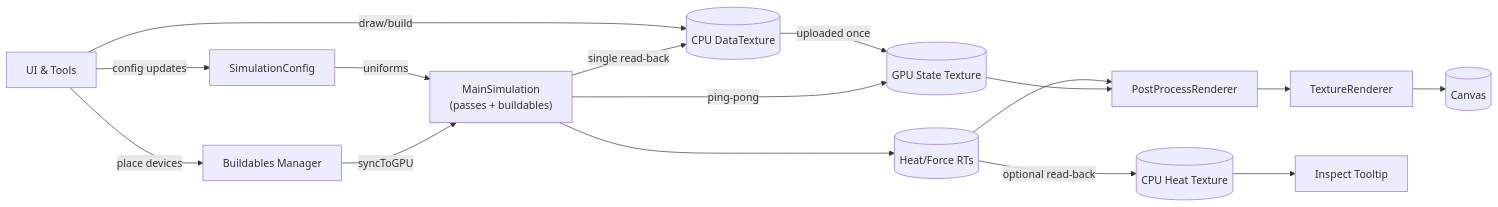
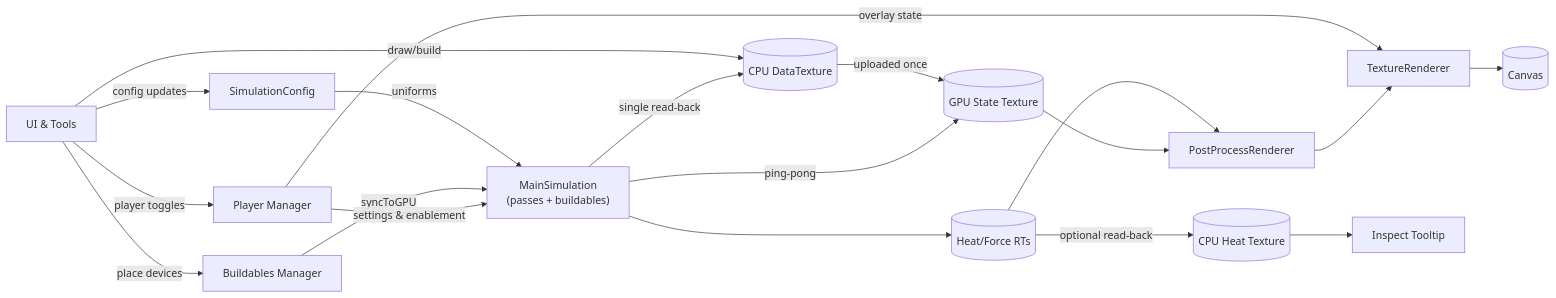
One commit to gurbano/sandymarton changed the second of 2 diagrams in docs/architecture.md. Above: the diagram before and after it, drawn with Mermaid. The commit also changed other lines of this file and 22 other files, not shown here.

````diff
--- a/docs/architecture.md
+++ b/docs/architecture.md
@@ -114,18 +124,21 @@
 ```mermaid
 flowchart LR
     UI[UI & Tools] -->|config updates| SimConfig[SimulationConfig]
     UI -->|draw/build| CPUTexture[(CPU DataTexture)]
     UI -->|place devices| BuildablesMgr[Buildables Manager]
+    UI -->|player toggles| PlayerMgr[Player Manager]
     SimConfig -->|uniforms| MainSim
     BuildablesMgr -->|syncToGPU| MainSim
+    PlayerMgr -->|settings & enablement| MainSim
+    PlayerMgr -->|overlay state| Renderer
     CPUTexture -->|uploaded once| GPUState[(GPU State Texture)]
   MainSim["MainSimulation<br/>(passes + buildables)"] -->|ping-pong| GPUState
     MainSim --> HeatRTs[(Heat/Force RTs)]
     HeatRTs --> PostFX[PostProcessRenderer]
     GPUState --> PostFX
     PostFX --> Renderer[TextureRenderer]
     Renderer --> Canvas[(Canvas)]
     MainSim -->|single read-back| CPUTexture
     HeatRTs -->|optional read-back| CPUHeat[(CPU Heat Texture)]
     CPUHeat --> Inspector[Inspect Tooltip]
 ```
````
